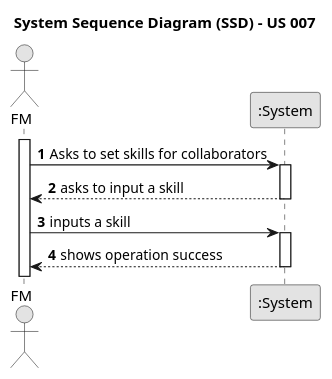
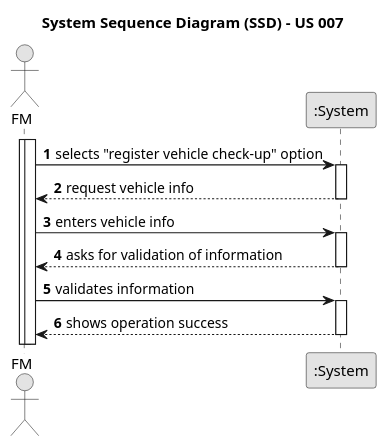
The diagram in docs/sprintA/us007/01.requirements-engineering/puml/us007-system-sequence-diagram.puml (Departamento-de-Engenharia-Informatica/lei-24-s2-1dm-g132), drawn with PlantUML before and after one commit. The commit also changed 1 other file, not shown here.

```diff
--- a/docs/sprintA/us007/01.requirements-engineering/puml/us007-system-sequence-diagram.puml
+++ b/docs/sprintA/us007/01.requirements-engineering/puml/us007-system-sequence-diagram.puml
@@ -1,24 +1,30 @@
 @startuml
 skinparam monochrome true
 skinparam packageStyle rectangle
 skinparam shadowing false
 
 title System Sequence Diagram (SSD) - US 007
 
 autonumber
 
 actor "FM" as FM
 participant ":System" as System
 
 activate FM
 
-    FM -> System: Asks to set skills for collaborators
+activate FM
+
+    FM -> System: selects "register vehicle check-up" option
     activate System
 
-         System --> FM: asks to input a skill
+         System --> FM: request vehicle info
             deactivate System
-                FM -> System: inputs a skill
+                FM -> System: enters vehicle info
                     activate System
-                       System --> FM: shows operation success
+                       System --> FM: asks for validation of information
                                 deactivate System
-@enduml
+                                                FM -> System: validates information
+                                                    activate System
+                                                                           System --> FM: shows operation success
+                                                                                    deactivate System
+@enduml                   deactivate System
```
